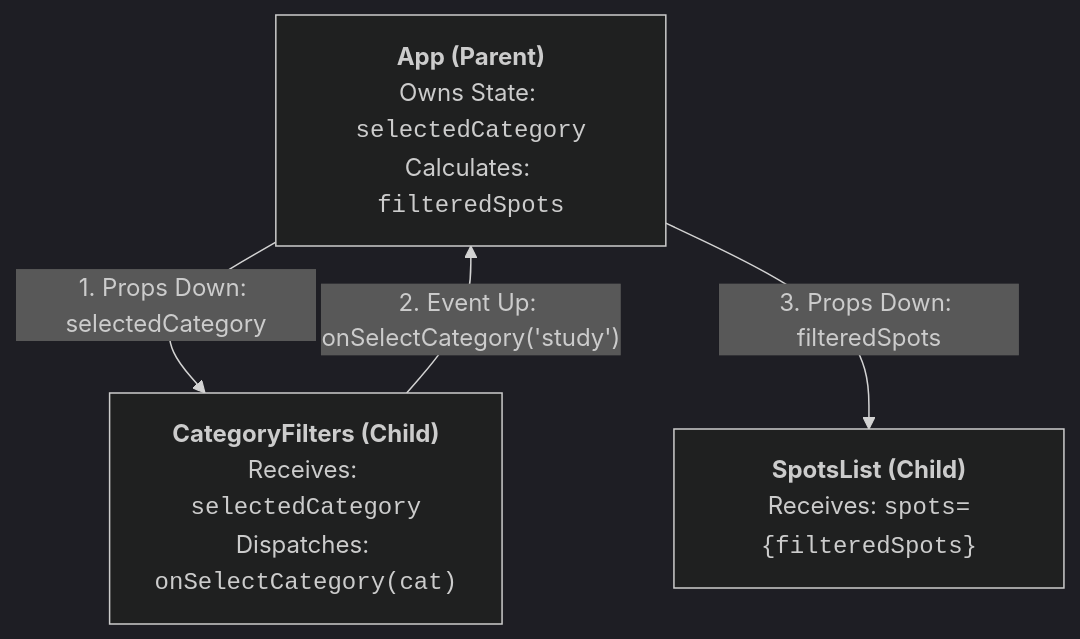
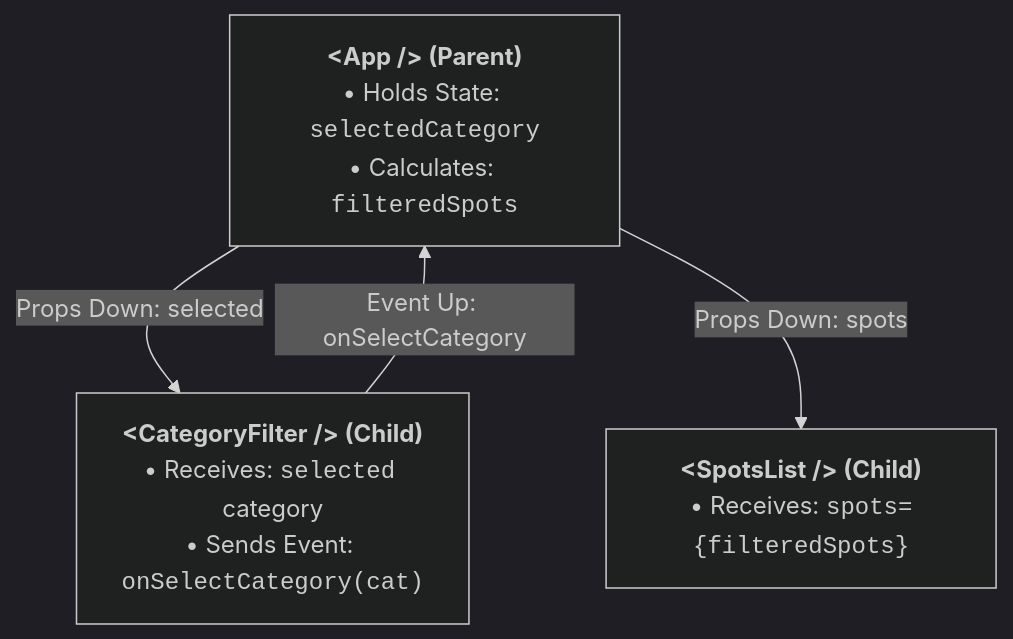
Before and after one commit to ajibolagenius/LagosDataSchool: the third of 5 diagrams in full_stack_development_class_notes/Week 12_ State, Hooks & Forms.md, drawn with Mermaid (dark theme). The commit also changed other lines of this file and 20 other files, not shown here.

````diff
--- a/full_stack_development_class_notes/Week 12_ State, Hooks & Forms.md
+++ b/full_stack_development_class_notes/Week 12_ State, Hooks & Forms.md
@@ -68,10 +135,10 @@
 ```mermaid
 graph TD
-    App["<b>App (Parent)</b><br/>Owns State: <code>selectedCategory</code><br/>Calculates: <code>filteredSpots</code>"]
-    Filters["<b>CategoryFilters (Child)</b><br/>Receives: <code>selectedCategory</code><br/>Dispatches: <code>onSelectCategory(cat)</code>"]
-    SpotsList["<b>SpotsList (Child)</b><br/>Receives: <code>spots={filteredSpots}</code>"]
+    App["<b>&lt;App /&gt; (Parent)</b><br/>• Holds State: <code>selectedCategory</code><br/>• Calculates: <code>filteredSpots</code>"]
+    Filters["<b>&lt;CategoryFilter /&gt; (Child)</b><br/>• Receives: <code>selected</code> category<br/>• Sends Event: <code>onSelectCategory(cat)</code>"]
+    List["<b>&lt;SpotsList /&gt; (Child)</b><br/>• Receives: <code>spots={filteredSpots}</code>"]
 
-    App -->|"1. Props Down: selectedCategory"| Filters
-    Filters -->|"2. Event Up: onSelectCategory('study')"| App
-    App -->|"3. Props Down: filteredSpots"| SpotsList
+    App -->|"Props Down: selected"| Filters
+    Filters -->|"Event Up: onSelectCategory"| App
+    App -->|"Props Down: spots"| List
 ```
````
